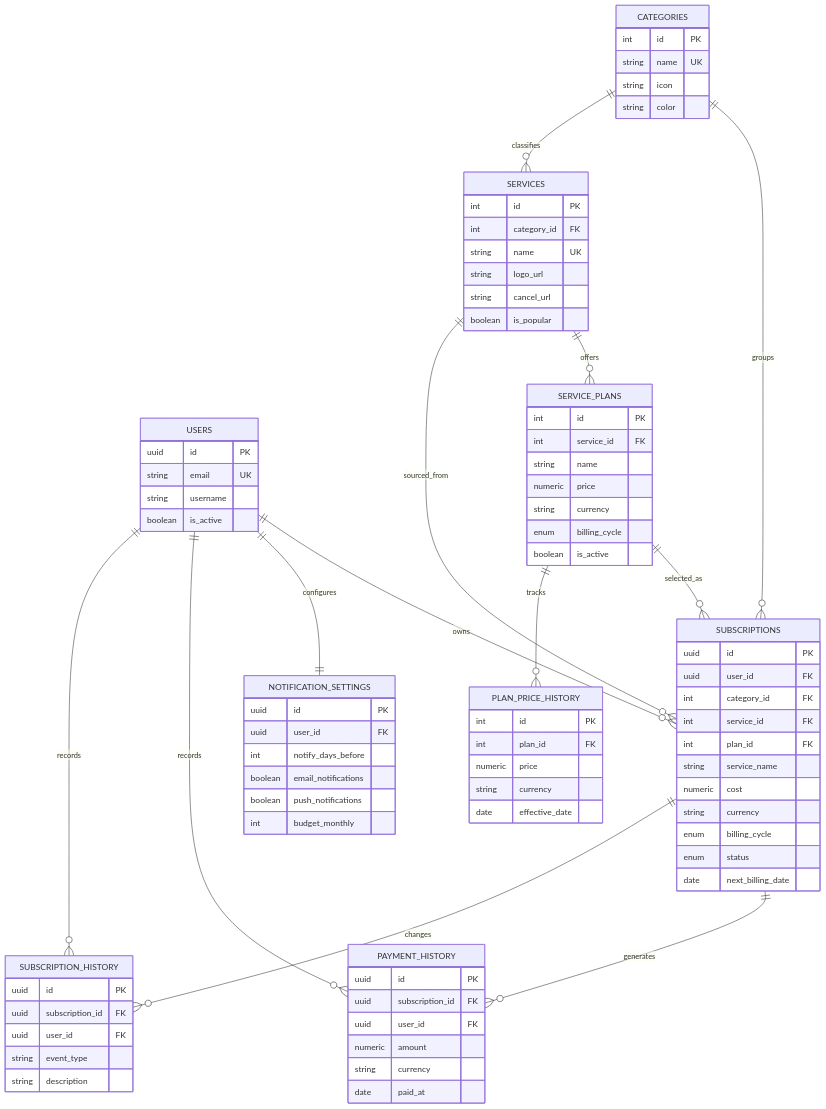
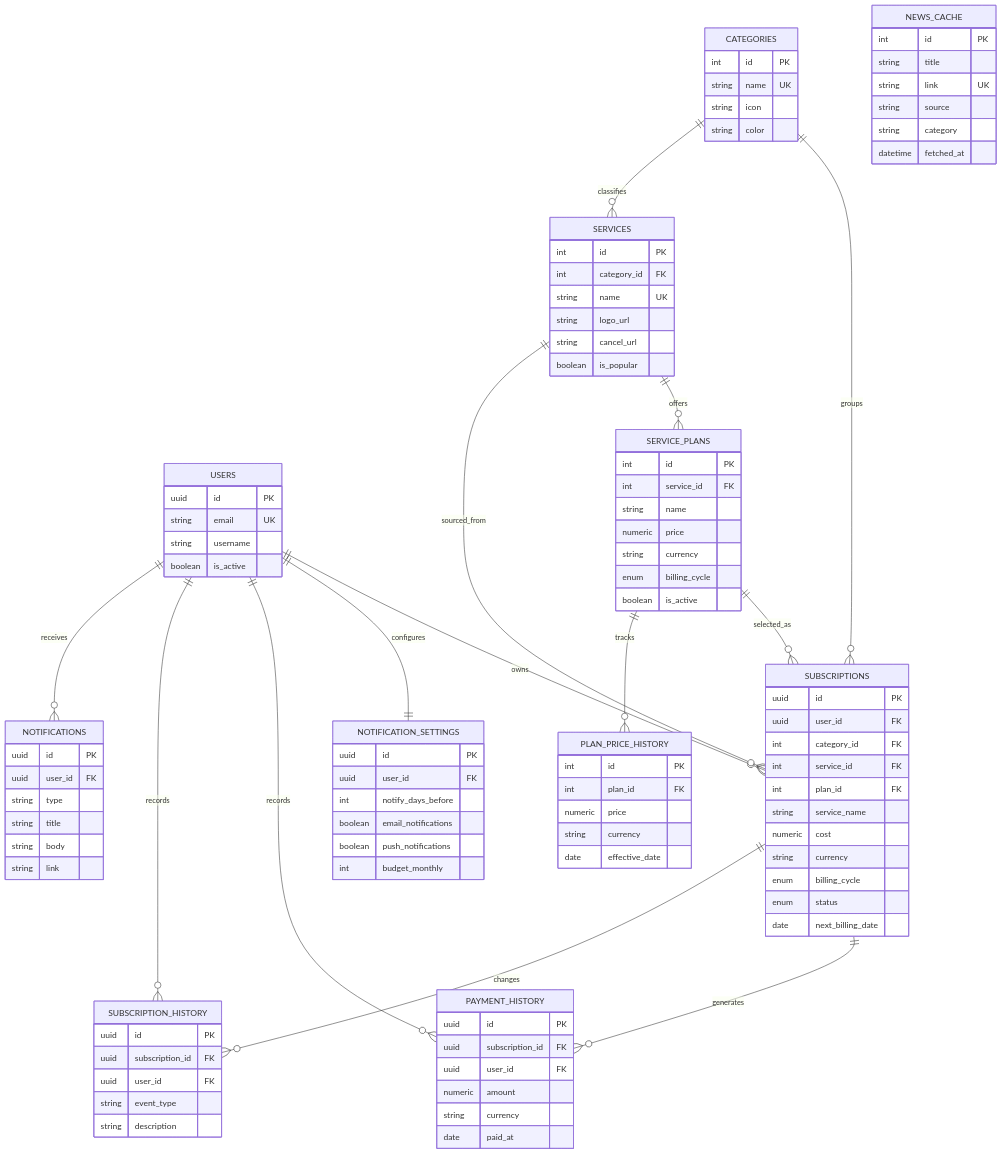
Before and after one commit to hyebinhy/SubFlow: the second of 2 diagrams in README.md, drawn with Mermaid. The commit also changed other lines of this file, not shown here.

````diff
--- a/README.md
+++ b/README.md
@@ -124,6 +125,7 @@
     USERS ||--|| NOTIFICATION_SETTINGS : configures
     USERS ||--o{ PAYMENT_HISTORY : records
     USERS ||--o{ SUBSCRIPTION_HISTORY : records
+    USERS ||--o{ NOTIFICATIONS : receives
     CATEGORIES ||--o{ SUBSCRIPTIONS : groups
     CATEGORIES ||--o{ SERVICES : classifies
     SERVICES ||--o{ SERVICE_PLANS : offers
@@ -213,4 +215,22 @@
         string currency
         date effective_date
     }
+
+    NOTIFICATIONS {
+        uuid id PK
+        uuid user_id FK
+        string type
+        string title
+        string body
+        string link
+    }
+
+    NEWS_CACHE {
+        int id PK
+        string title
+        string link UK
+        string source
+        string category
+        datetime fetched_at
+    }
 ```
````
